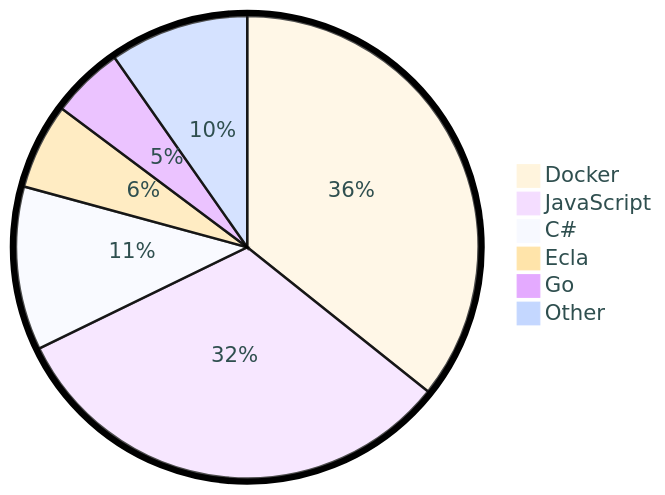
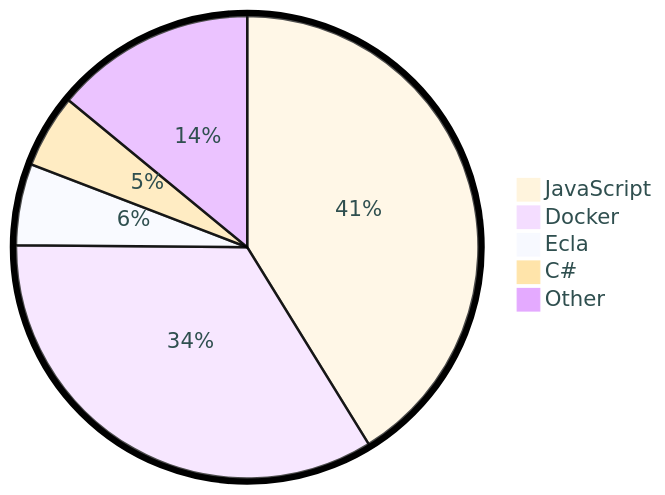
The diagram in README.md (tot0p/tot0p), drawn with Mermaid before and after one commit. The commit also changed other lines of this file, not shown here.

````diff
--- a/README.md
+++ b/README.md
@@ -79,10 +79,9 @@
 ```mermaid
 %%{init: {"pie": {"textPosition": 0.5}, "themeVariables": {"pieOuterStrokeWidth": "5px","primaryTextColor" : "#2F4F4F"},"theme":"base"} }%%
 pie
-	"Docker": 35.72
-	"JavaScript": 32.07
-	"C#": 11.44
-	"Ecla": 5.99
-	"Go": 5.06
-	"Other": 9.72
+	"JavaScript": 41.2
+	"Docker": 33.94
+	"Ecla": 5.69
+	"C#": 5.13
+	"Other": 14.040000000000001
 ```
````
